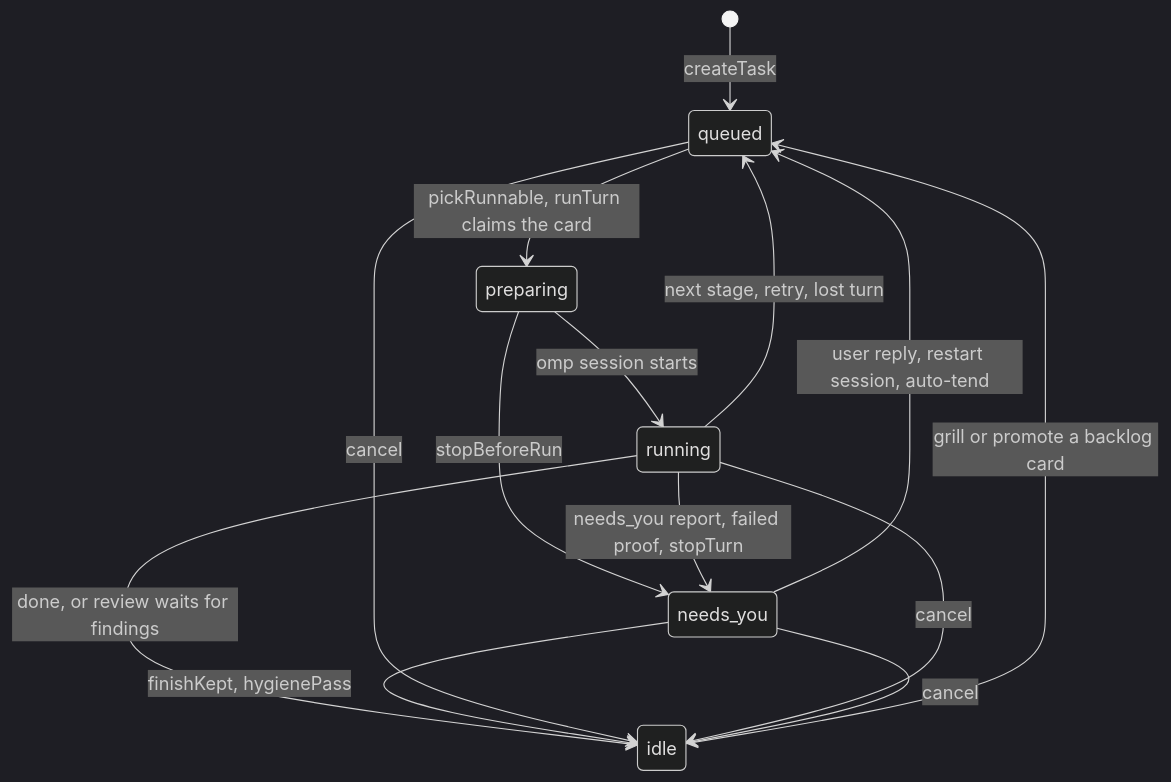
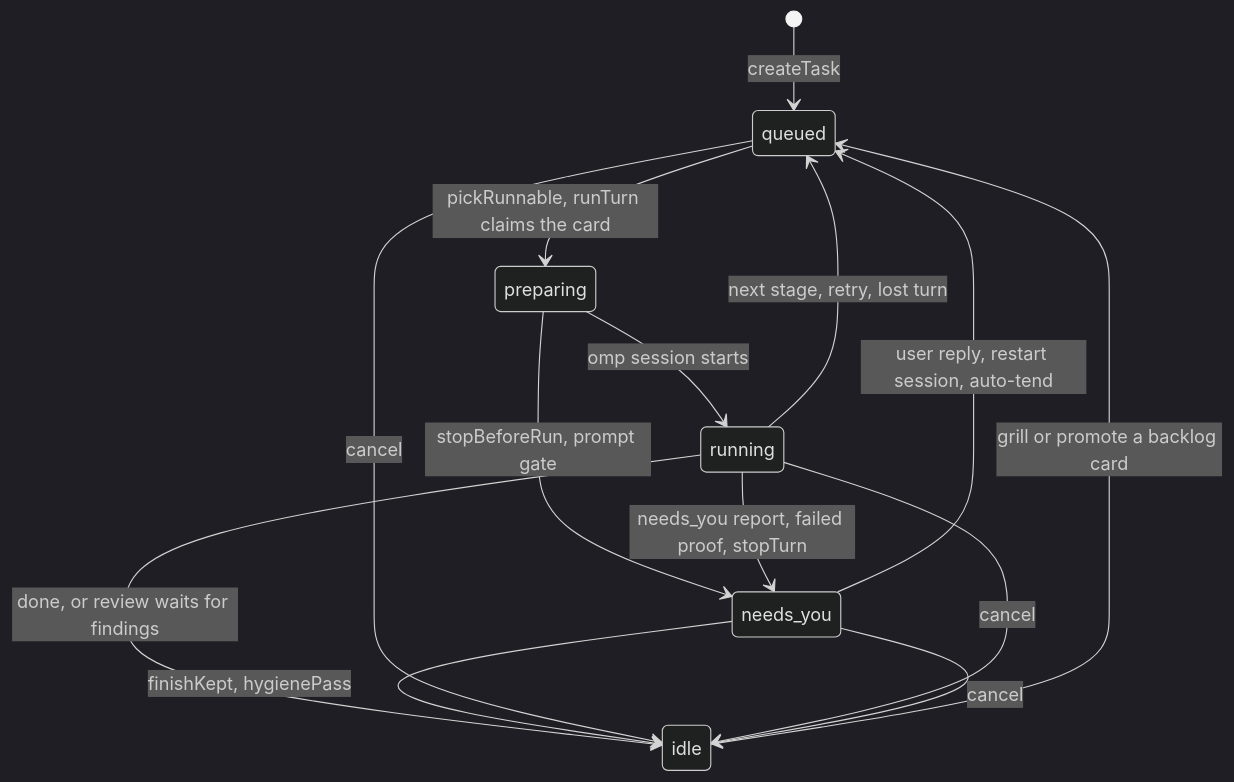
Before and after one commit to ottr-ai/ottr: the fourth of 4 diagrams in docs/how-it-works.md, drawn with Mermaid (dark theme). The commit also changed other lines of this file and 22 other files, not shown here.

Commit message:
feat: gate every prompt before a work turn and prove deepen rewrites

````diff
--- a/docs/how-it-works.md
+++ b/docs/how-it-works.md
@@ -158,16 +158,16 @@
 ```mermaid
 stateDiagram-v2
   [*] --> queued: createTask
   queued --> preparing: pickRunnable, runTurn claims the card
   preparing --> running: omp session starts
-  preparing --> needs_you: stopBeforeRun
+  preparing --> needs_you: stopBeforeRun, prompt gate
   running --> queued: next stage, retry, lost turn
   running --> needs_you: needs_you report, failed proof, stopTurn
   running --> idle: done, or review waits for findings
   needs_you --> queued: user reply, restart session, auto-tend
   needs_you --> idle: finishKept, hygienePass
   queued --> idle: cancel
   running --> idle: cancel
   needs_you --> idle: cancel
   idle --> queued: grill or promote a backlog card
 ```
````
